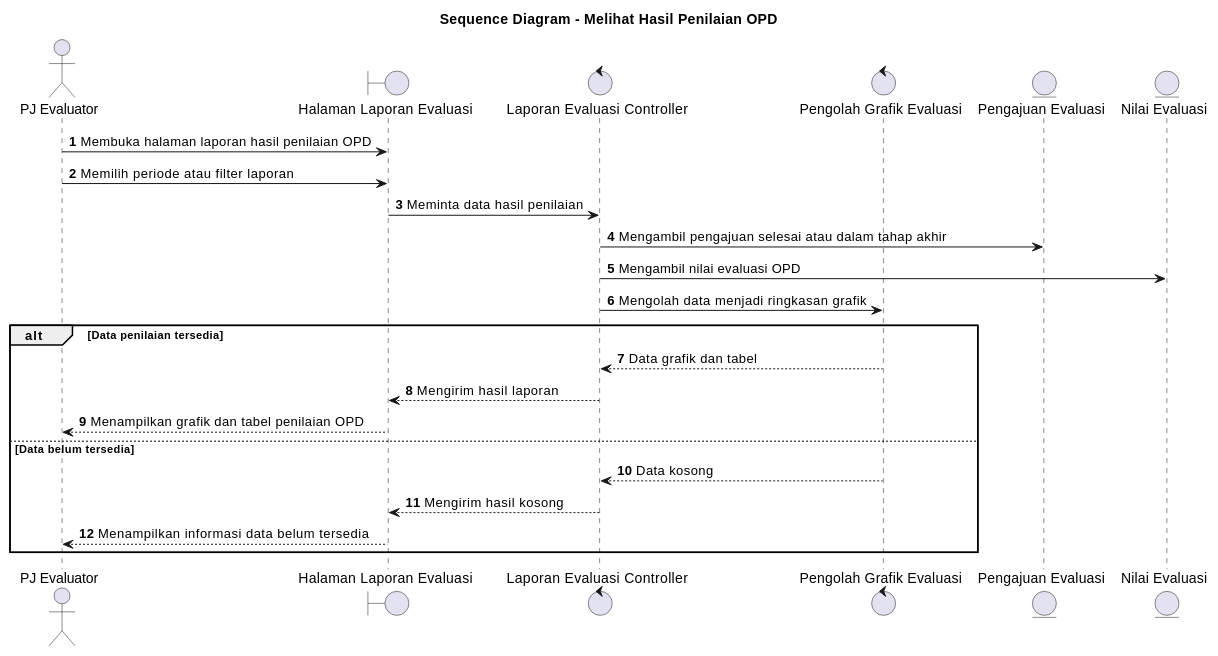
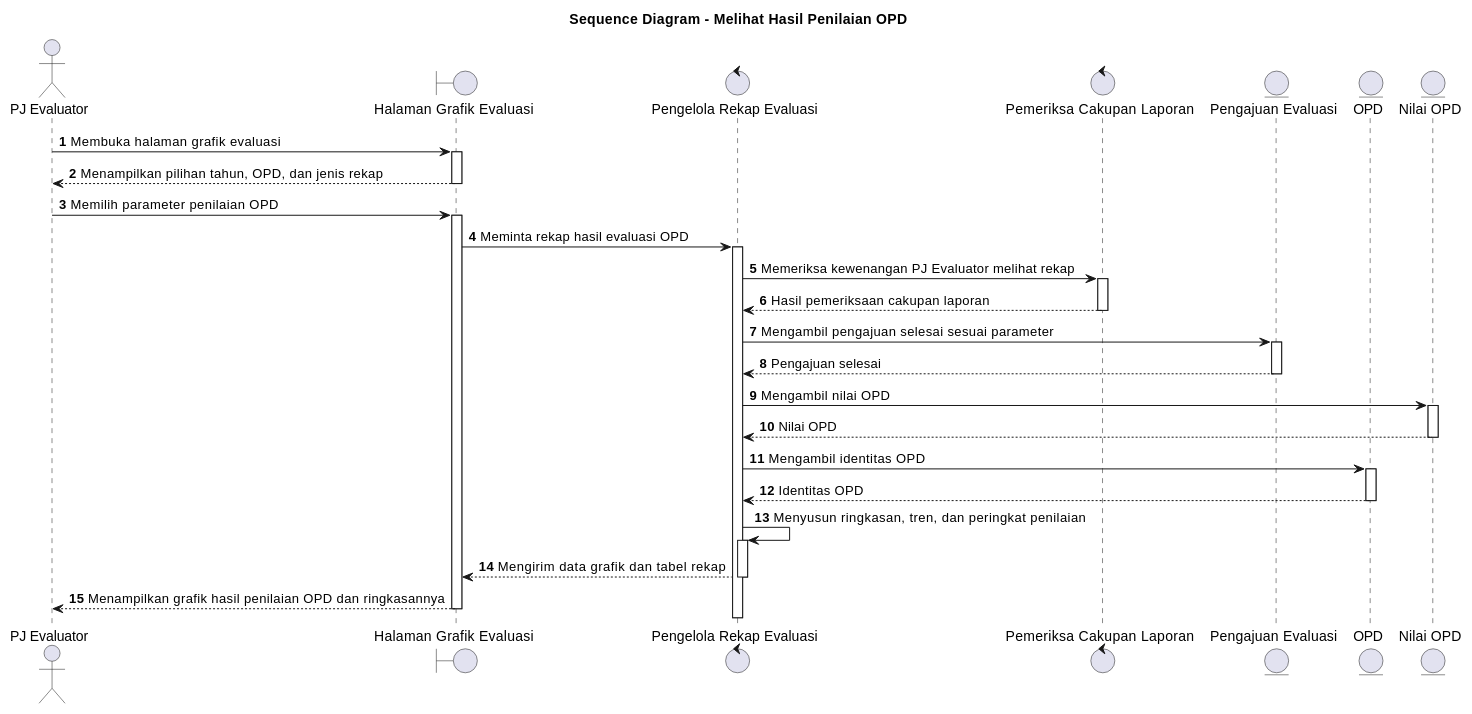
One commit to howlil/sop-generate-app changed the diagram in docs/sequence/lampiran/pj-evaluator-melihat-hasil-penilaian-opd.md. Above: the diagram before and after it, drawn with PlantUML. The commit also changed other lines of this file and 90 other files, not shown here.

````diff
--- a/docs/sequence/lampiran/pj-evaluator-melihat-hasil-penilaian-opd.md
+++ b/docs/sequence/lampiran/pj-evaluator-melihat-hasil-penilaian-opd.md
@@ -16,31 +16,32 @@
 ```plantuml
 @startuml
 title Sequence Diagram - Melihat Hasil Penilaian OPD
 autonumber
+autoactivate on
 
-actor "PJ Evaluator" as Aktor
-boundary "Halaman Laporan Evaluasi" as UI
-control "Laporan Evaluasi Controller" as LaporanCtrl
-control "Pengolah Grafik Evaluasi" as GrafikCtrl
+actor "PJ Evaluator" as A
+boundary "Halaman Grafik Evaluasi" as B
+control "Pengelola Rekap Evaluasi" as C
+control "Pemeriksa Cakupan Laporan" as D
 entity "Pengajuan Evaluasi" as Pengajuan
-entity "Nilai Evaluasi" as Nilai
+entity "OPD" as OPD
+entity "Nilai OPD" as NilaiOPD
 
-Aktor -> UI : Membuka halaman laporan hasil penilaian OPD
-Aktor -> UI : Memilih periode atau filter laporan
-UI -> LaporanCtrl : Meminta data hasil penilaian
-LaporanCtrl -> Pengajuan : Mengambil pengajuan selesai atau dalam tahap akhir
-LaporanCtrl -> Nilai : Mengambil nilai evaluasi OPD
-LaporanCtrl -> GrafikCtrl : Mengolah data menjadi ringkasan grafik
-
-alt Data penilaian tersedia
-  GrafikCtrl --> LaporanCtrl : Data grafik dan tabel
-  LaporanCtrl --> UI : Mengirim hasil laporan
-  UI --> Aktor : Menampilkan grafik dan tabel penilaian OPD
-else Data belum tersedia
-  GrafikCtrl --> LaporanCtrl : Data kosong
-  LaporanCtrl --> UI : Mengirim hasil kosong
-  UI --> Aktor : Menampilkan informasi data belum tersedia
-end
+A -> B : Membuka halaman grafik evaluasi
+B --> A : Menampilkan pilihan tahun, OPD, dan jenis rekap
+A -> B : Memilih parameter penilaian OPD
+B -> C : Meminta rekap hasil evaluasi OPD
+C -> D : Memeriksa kewenangan PJ Evaluator melihat rekap
+D --> C : Hasil pemeriksaan cakupan laporan
+C -> Pengajuan : Mengambil pengajuan selesai sesuai parameter
+Pengajuan --> C : Pengajuan selesai
+C -> NilaiOPD : Mengambil nilai OPD
+NilaiOPD --> C : Nilai OPD
+C -> OPD : Mengambil identitas OPD
+OPD --> C : Identitas OPD
+C -> C : Menyusun ringkasan, tren, dan peringkat penilaian
+C --> B : Mengirim data grafik dan tabel rekap
+B --> A : Menampilkan grafik hasil penilaian OPD dan ringkasannya
 
 @enduml
 ```
````
